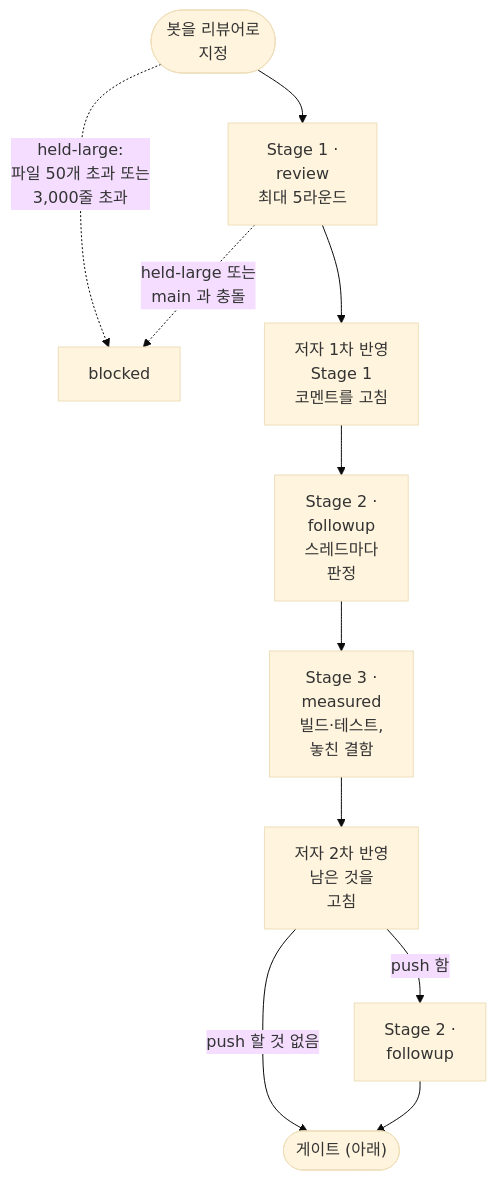
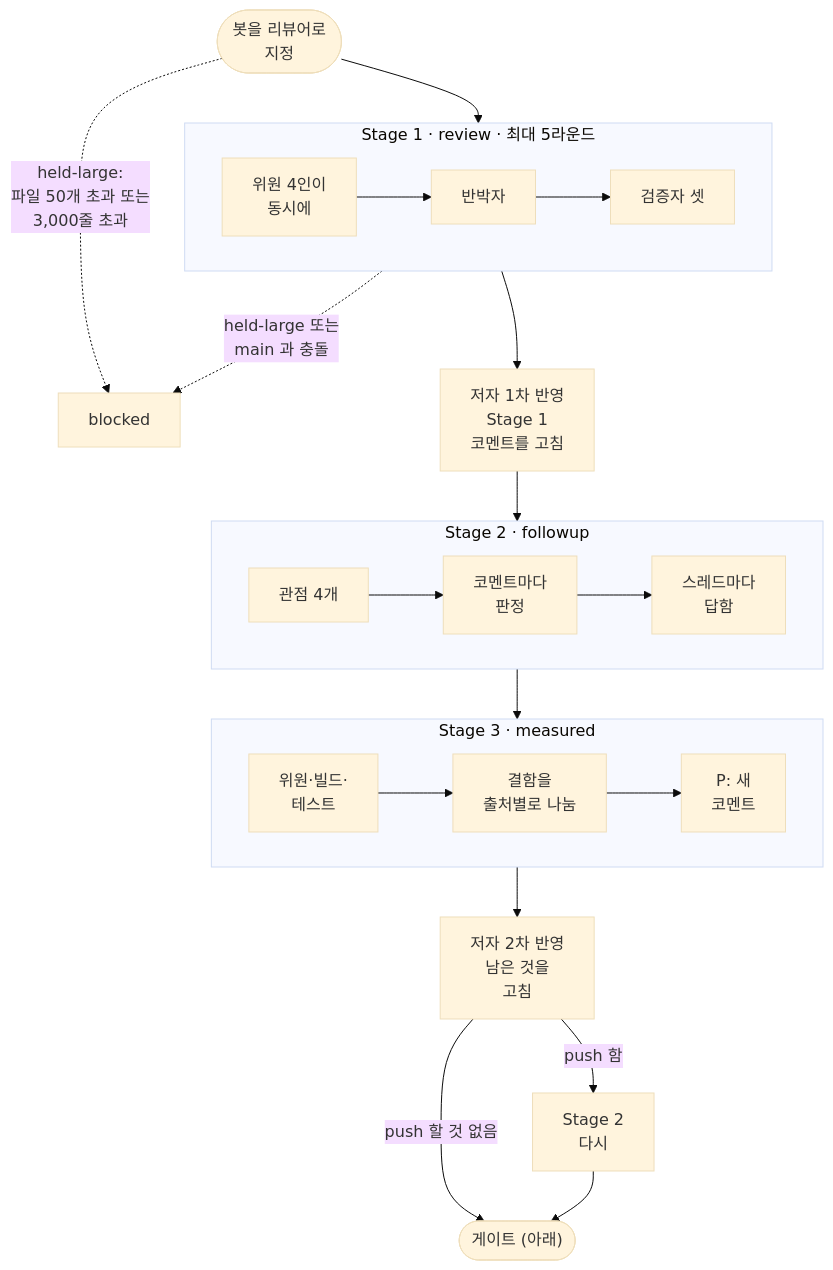
One commit to thswlsqls/pr-quorum changed the first of 6 diagrams in README.ko.md. Above: the diagram before and after it, drawn with Mermaid (base theme). The commit also changed other lines of this file and 1 other file, not shown here.

Commit message:
docs : [docs/readme-diagrams] Bring the translations up to 294c1a6

````diff
--- a/README.ko.md
+++ b/README.ko.md
@@ -27,13 +27,25 @@
 ```mermaid
 flowchart TD
-  RQ(["봇을 리뷰어로<br/>지정"]) --> S1["Stage 1 ·<br/>review<br/>최대 5라운드"]
+  RQ(["봇을 리뷰어로<br/>지정"]) --> S1
   RQ -. "held-large:<br/>파일 50개 초과 또는<br/>3,000줄 초과" .-> BL[blocked]
+  subgraph S1["Stage 1 · review · 최대 5라운드"]
+    direction LR
+    S1a["위원 4인이<br/>동시에"] --> S1b["반박자"] --> S1c["검증자 셋"]
+  end
   S1 -. "held-large 또는<br/>main 과 충돌" .-> BL
   S1 --> A1["저자 1차 반영<br/>Stage 1<br/>코멘트를 고침"]
-  A1 --> S2["Stage 2 ·<br/>followup<br/>스레드마다<br/>판정"]
-  S2 --> S3["Stage 3 ·<br/>measured<br/>빌드·테스트,<br/>놓친 결함"]
+  A1 --> S2
+  subgraph S2["Stage 2 · followup"]
+    direction LR
+    S2a["관점 4개"] --> S2b["코멘트마다<br/>판정"] --> S2c["스레드마다<br/>답함"]
+  end
+  S2 --> S3
+  subgraph S3["Stage 3 · measured"]
+    direction LR
+    S3a["위원·빌드·<br/>테스트"] --> S3b["결함을<br/>출처별로 나눔"] --> S3c["P: 새<br/>코멘트"]
+  end
   S3 --> A2["저자 2차 반영<br/>남은 것을<br/>고침"]
-  A2 -- "push 함" --> S2b["Stage 2 ·<br/>followup"]
+  A2 -- "push 함" --> S2x["Stage 2<br/>다시"]
   A2 -- "push 할 것 없음" --> G(["게이트 (아래)"])
-  S2b --> G
+  S2x --> G
 ```
````
